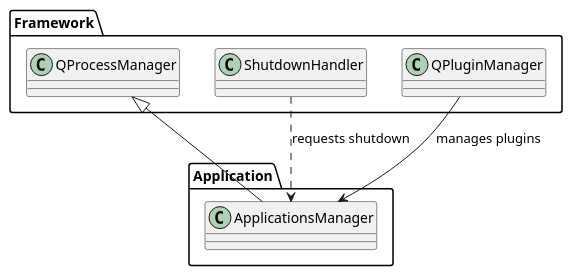
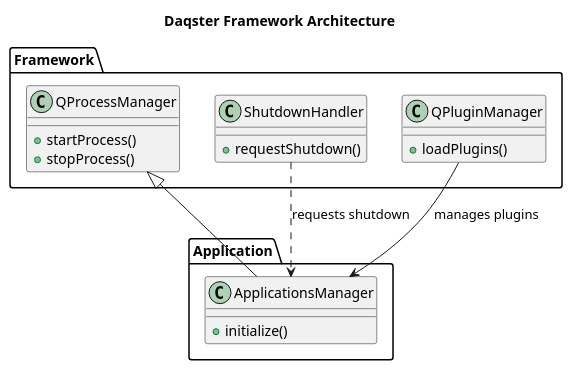
Before and after one commit to samiavasil/Daqster: the diagram in Docs/diagrams/architecture.puml, drawn with PlantUML. The commit also changed other lines of this file, not shown here.

Commit message:
docs(diagrams): add title and methods to architecture diagram

```diff
--- a/Docs/diagrams/architecture.puml
+++ b/Docs/diagrams/architecture.puml
@@ -1,13 +1,24 @@
 @startuml
+title Daqster Framework Architecture
+
 package "Framework" {
-  class QProcessManager
-  class ShutdownHandler
-  class QPluginManager
+  class QProcessManager {
+    +startProcess()
+    +stopProcess()
+  }
+  class ShutdownHandler {
+    +requestShutdown()
+  }
+  class QPluginManager {
+    +loadPlugins()
+  }
 }
 package "Application" {
-  class ApplicationsManager
+  class ApplicationsManager {
+    +initialize()
+  }
 }
 QProcessManager <|-- ApplicationsManager
 ShutdownHandler ..> ApplicationsManager : requests shutdown
 QPluginManager --> ApplicationsManager : manages plugins
 @enduml
```
